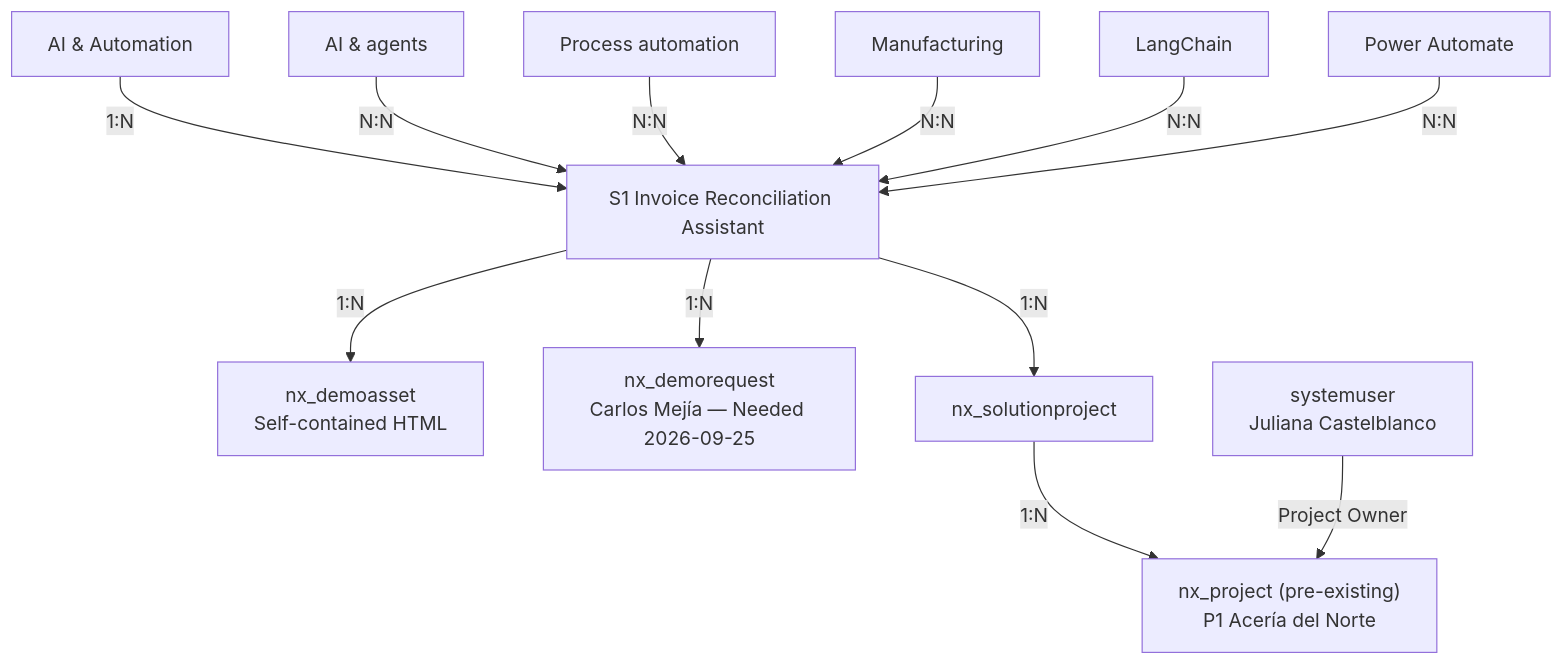
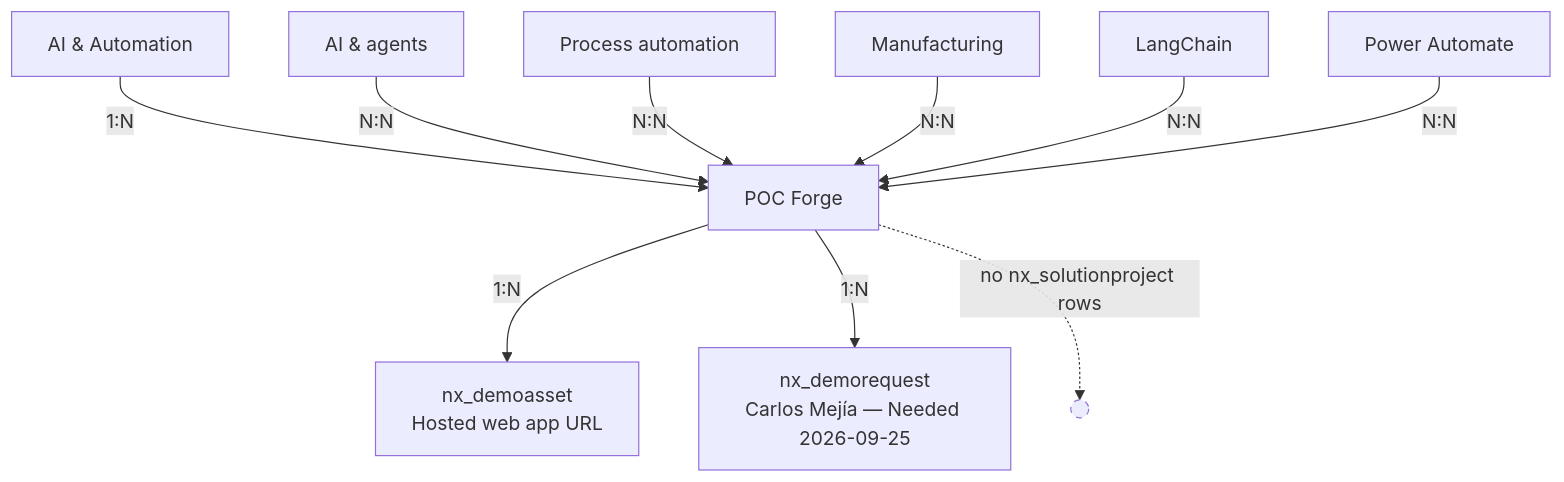
One commit to lpreciado-nextant/PRISMA changed the third of 3 diagrams in docs/data_model/SchemaV2.md. Above: the diagram before and after it, drawn with Mermaid. The commit also changed other lines of this file, not shown here.

Commit message:
Update example in SchemaV2.md to clarify Solution without linked Projects

````diff
--- a/docs/data_model/SchemaV2.md
+++ b/docs/data_model/SchemaV2.md
@@ -376,17 +376,17 @@
 ```mermaid
 graph TD
-    S1["S1 Invoice Reconciliation Assistant"]
+    S1["POC Forge"]
 
     SA1[AI & Automation] -- 1:N --> S1
     CAP1[AI & agents] -- N:N --> S1
     CAP2[Process automation] -- N:N --> S1
     IND1[Manufacturing] -- N:N --> S1
     TECH1[LangChain] -- N:N --> S1
     TECH2[Power Automate] -- N:N --> S1
 
-    S1 -- 1:N --> DA1["nx_demoasset<br/>Self-contained HTML"]
+    S1 -- 1:N --> DA1["nx_demoasset<br/>Hosted web app URL"]
     S1 -- 1:N --> DR1["nx_demorequest<br/>Carlos Mejía — Needed 2026-09-25"]
-    S1 -- 1:N --> J1["nx_solutionproject"]
-    J1 -- 1:N --> P1["nx_project (pre-existing)<br/>P1 Acería del Norte"]
-    Owner["systemuser<br/>Juliana Castelblanco"] -- "Project Owner" --> P1
+    S1 -.->|"no nx_solutionproject rows"| NoProj(( ))
+
+    style NoProj stroke-dasharray: 5 5
 ```
````
